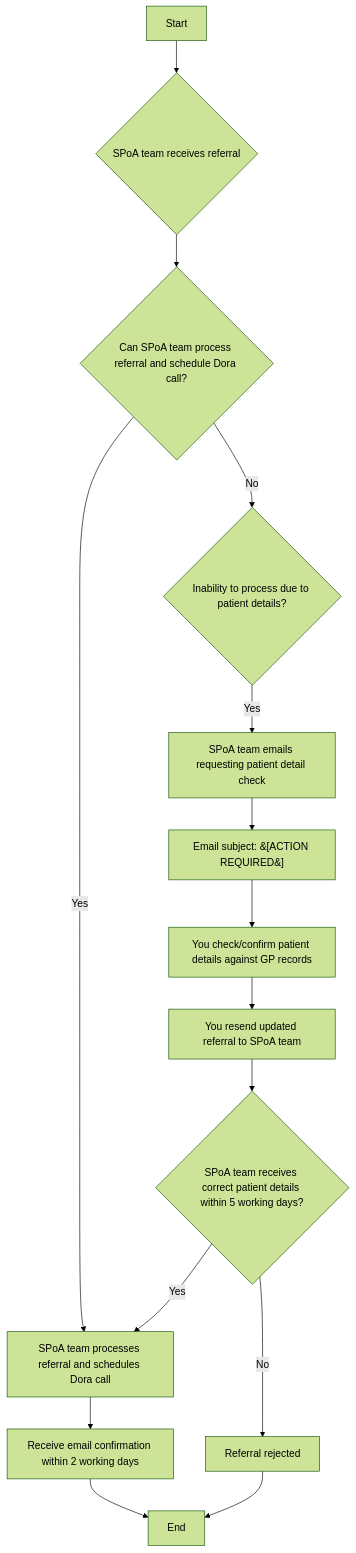
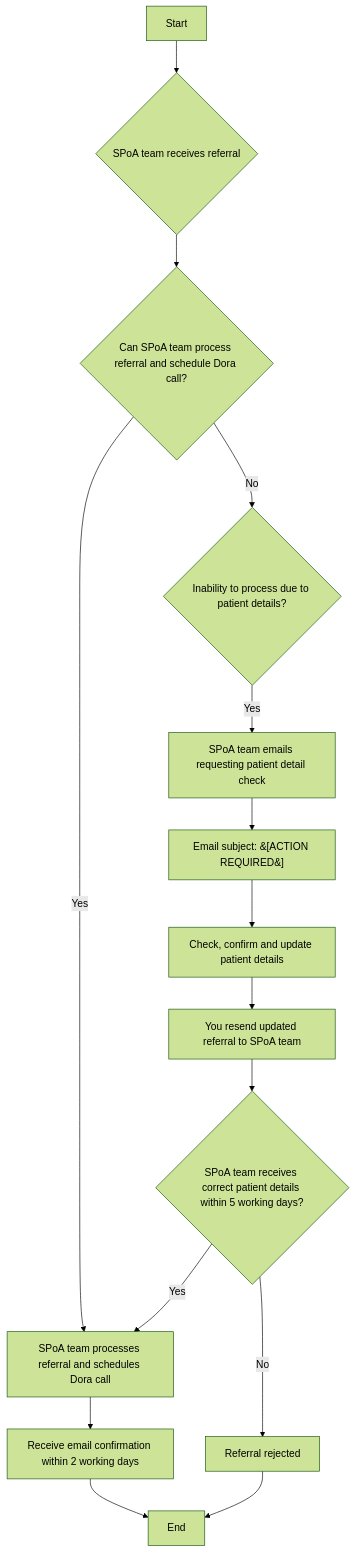
Before and after one commit to lkstacey/golive: the diagram in HIoW-SPoA-OptomFlow.md, drawn with Mermaid (forest theme).

Commit message:
Update HIoW-SPoA-OptomFlow.md
Updating from GP to other

````diff
--- a/HIoW-SPoA-OptomFlow.md
+++ b/HIoW-SPoA-OptomFlow.md
@@ -1,23 +1,23 @@
 ```mermaid
 graph TD
     A[Start] --> B{SPoA team receives referral};
 
     B --> C{Can SPoA team process referral and schedule Dora call?};
 
     C -- Yes --> D[SPoA team processes referral and schedules Dora call];
     D --> E[Receive email confirmation within 2 working days];
     E --> F[End];
 
     C -- No --> G{Inability to process due to patient details?};
 
     G -- Yes --> H[SPoA team emails requesting patient detail check];
     H --> I[Email subject: &#91;ACTION REQUIRED&#93;];
-    I --> J[You check/confirm patient details against GP records];
+    I --> J[Check, confirm and update patient details];
     J --> K[You resend updated referral to SPoA team];
 
     K --> L{SPoA team receives correct patient details within 5 working days?};
 
     L -- Yes --> D;
     L -- No --> M[Referral rejected];
     M --> F;
 ```
````
